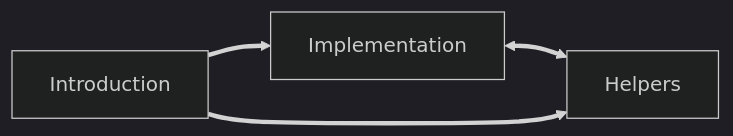
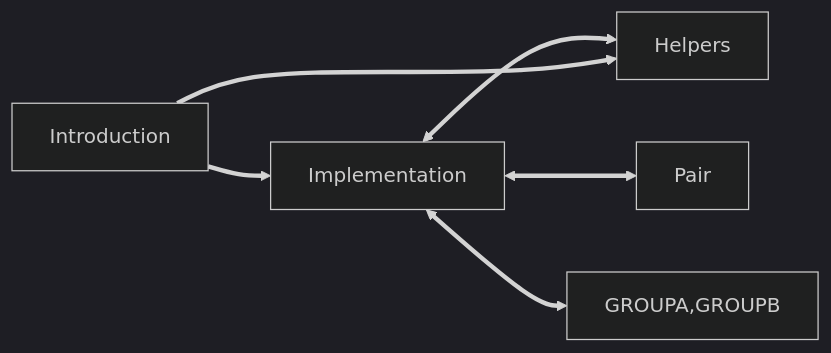
One commit to Iximiel/cudaOnPlumed changed the diagram in NAVIGATION.md. Above: the diagram before and after it, drawn with Mermaid (dark theme). The commit also changed 3 other files, not shown here.

````diff
--- a/NAVIGATION.md
+++ b/NAVIGATION.md
@@ -10,16 +10,22 @@
 ```mermaid
 flowchart LR
 
 Intro[Introduction]
 Implementation
 Helpers
+AB[GROUPA,GROUPB]
+Pair
 
 Intro ==> Implementation
 Implementation <==> Helpers
 Intro ==> Helpers
+Implementation <==> Pair
+Implementation <==> AB
 
 
 click Intro "NAVIGATION.md" "The introduction"
 click Implementation "Implementation.md" "The coordination implementation"
+click AB "ImplementationTwoGroups.md" "The coordination between two groups"
+click Pair "ImplementationPair.md" "The coordination in pairs"
 click Helpers "Helpers.md" "A simple manual with the helper library"
 ```
````
